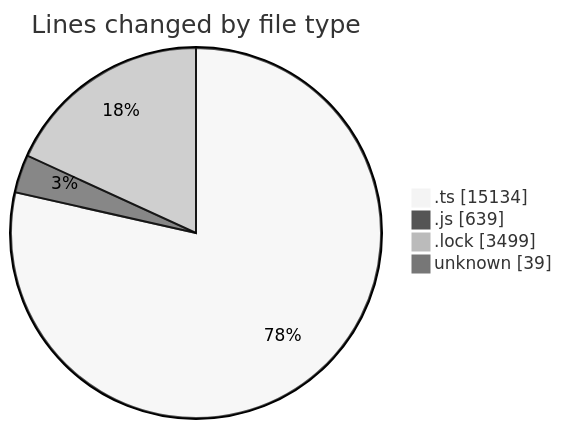
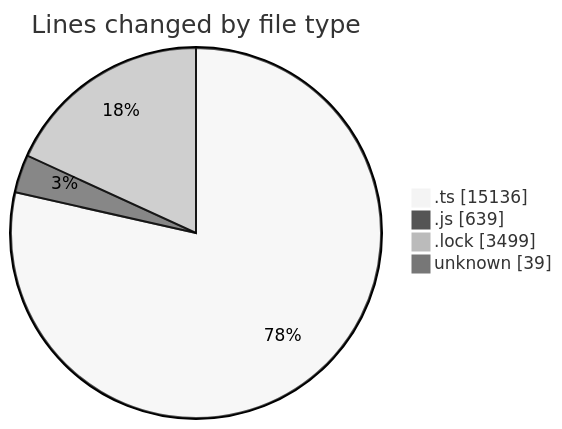
Before and after one commit to momahboobian/code-tracking: the first of 2 diagrams in 2025-05-20/cda/README.md, drawn with Mermaid (neutral theme). The commit also changed other lines of this file and 1 other file, not shown here.

````diff
--- a/2025-05-20/cda/README.md
+++ b/2025-05-20/cda/README.md
@@ -31,8 +31,8 @@
 ```mermaid
 pie showData
 title Lines changed by file type
-".ts" : 15134
+".ts" : 15136
 ".js" : 639
 ".lock" : 3499
 "unknown" : 39
 ```
````
